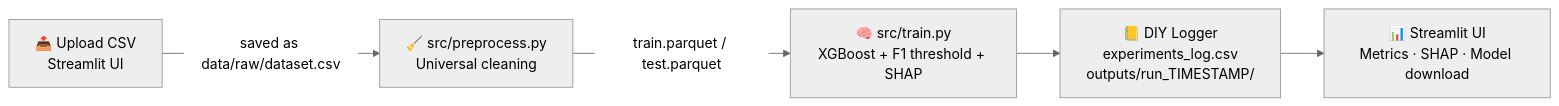
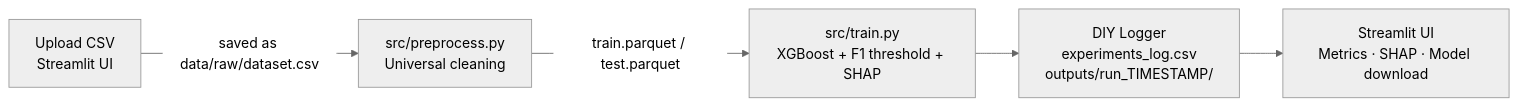
The diagram in README.md (himendrafadh/Dockerized-ML-Training-Pipeline), drawn with Mermaid (neutral theme) before and after one commit. The commit also changed other lines of this file and 3 other files, not shown here.

````diff
--- a/README.md
+++ b/README.md
@@ -43,7 +43,7 @@
 ```mermaid
 flowchart LR
-    A[📤 Upload CSV<br/>Streamlit UI] -->|saved as data/raw/dataset.csv| B[🧹 src/preprocess.py<br/>Universal cleaning]
-    B -->|train.parquet / test.parquet| C[🧠 src/train.py<br/>XGBoost + F1 threshold + SHAP]
-    C --> D[📒 DIY Logger<br/>experiments_log.csv<br/>outputs/run_TIMESTAMP/]
-    D --> E[📊 Streamlit UI<br/>Metrics · SHAP · Model download]
+    A[Upload CSV<br/>Streamlit UI] -->|saved as data/raw/dataset.csv| B[src/preprocess.py<br/>Universal cleaning]
+    B -->|train.parquet / test.parquet| C[src/train.py<br/>XGBoost + F1 threshold + SHAP]
+    C --> D[DIY Logger<br/>experiments_log.csv<br/>outputs/run_TIMESTAMP/]
+    D --> E[Streamlit UI<br/>Metrics · SHAP · Model download]
 ```
````
